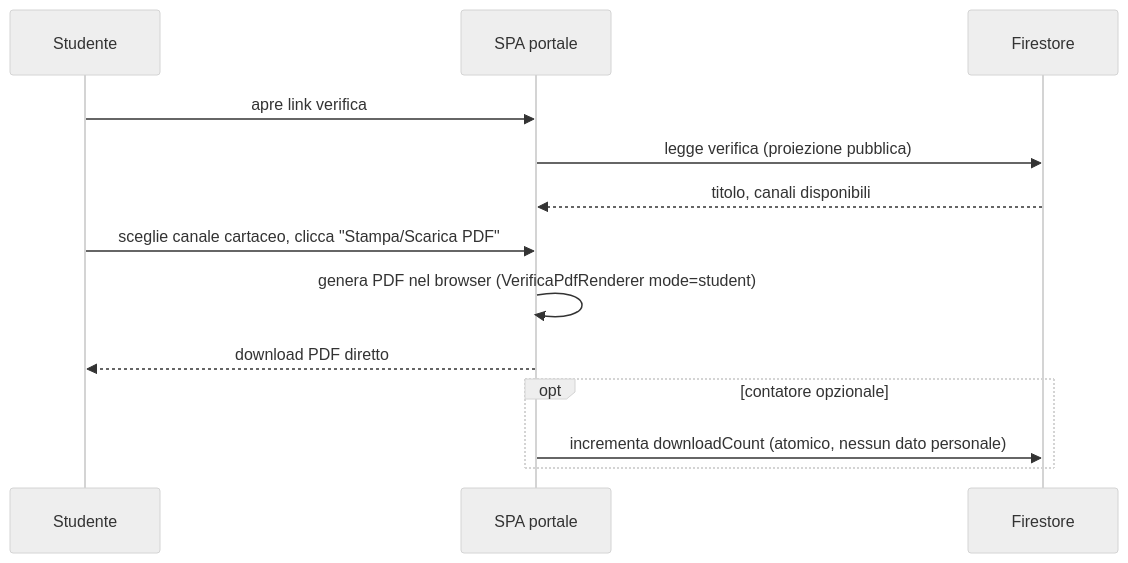
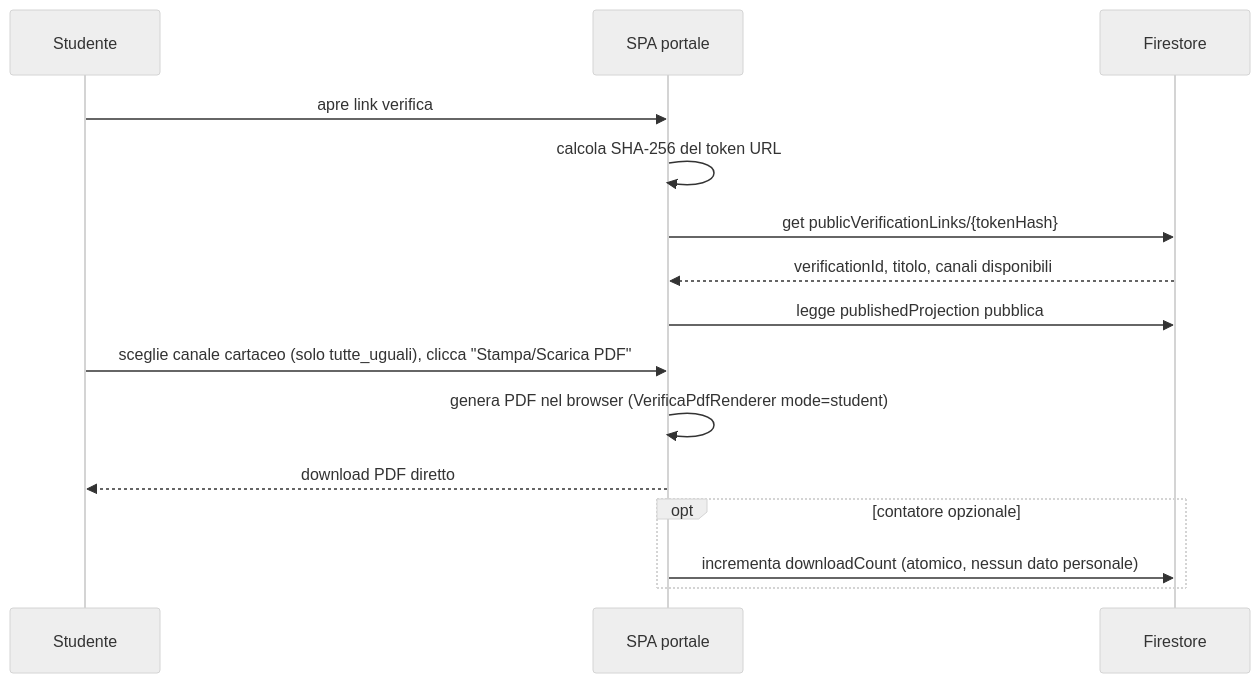
One commit to EnricoPaparo/SchoolForge changed the first of 2 diagrams in documentazione/diagrammi/sequence-pubblicazione-verifica.md. Above: the diagram before and after it, drawn with Mermaid (neutral theme). The commit also changed other lines of this file and 15 other files, not shown here.

````diff
--- a/documentazione/diagrammi/sequence-pubblicazione-verifica.md
+++ b/documentazione/diagrammi/sequence-pubblicazione-verifica.md
@@ -5,17 +5,19 @@
 ```mermaid
 sequenceDiagram
     participant S as Studente
     participant SPA as SPA portale
     participant F as Firestore
 
     S->>SPA: apre link verifica
-    SPA->>F: legge verifica (proiezione pubblica)
-    F-->>SPA: titolo, canali disponibili
+    SPA->>SPA: calcola SHA-256 del token URL
+    SPA->>F: get publicVerificationLinks/{tokenHash}
+    F-->>SPA: verificationId, titolo, canali disponibili
+    SPA->>F: legge publishedProjection pubblica
 
-    S->>SPA: sceglie canale cartaceo, clicca "Stampa/Scarica PDF"
+    S->>SPA: sceglie canale cartaceo (solo tutte_uguali), clicca "Stampa/Scarica PDF"
     SPA->>SPA: genera PDF nel browser (VerificaPdfRenderer mode=student)
     SPA-->>S: download PDF diretto
     opt contatore opzionale
         SPA->>F: incrementa downloadCount (atomico, nessun dato personale)
     end
 ```
````
